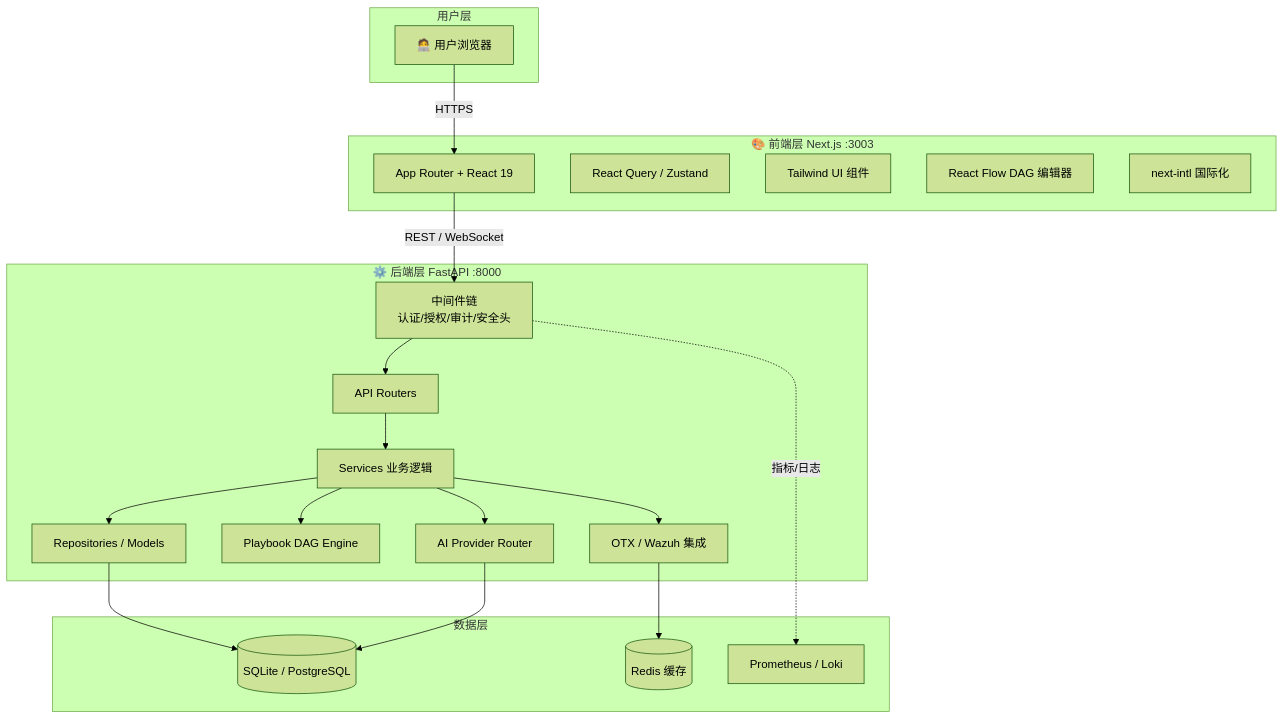
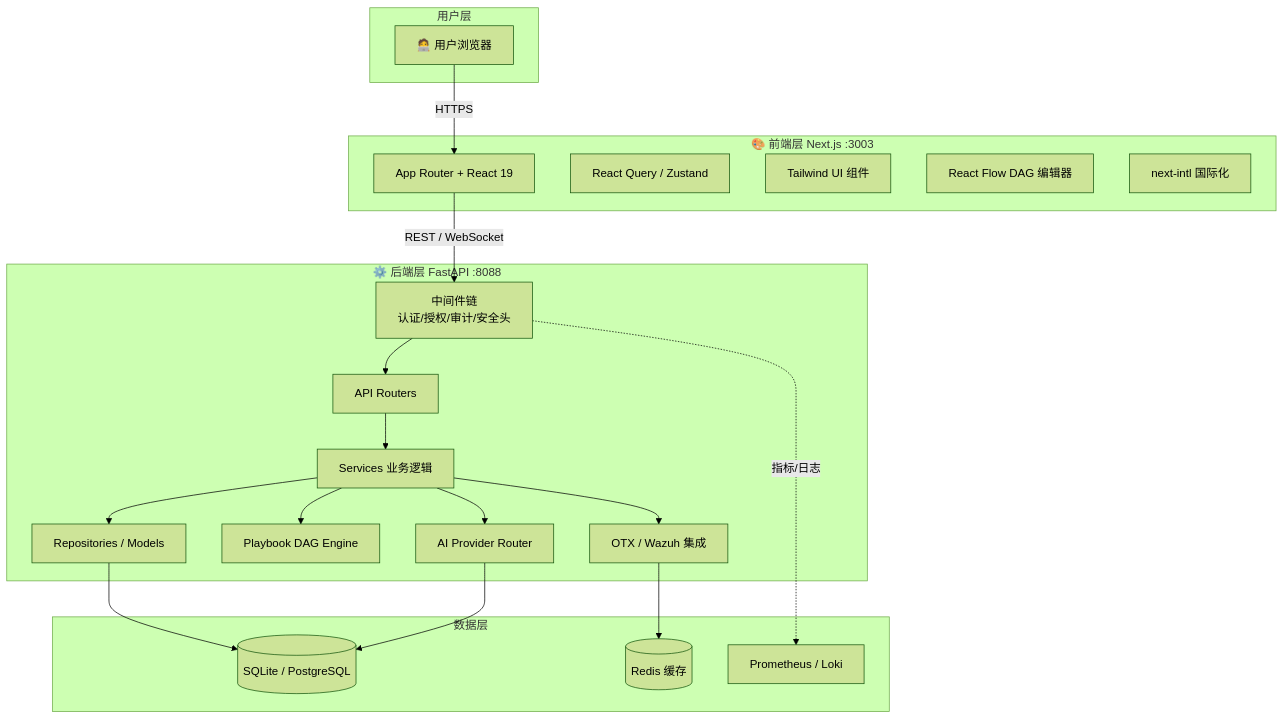
The first of 6 diagrams in docs/CODEBASE_ANALYSIS.md (liubojacob-lang/soc-copilot), drawn with Mermaid (forest theme) before and after one commit. The commit also changed other lines of this file and 34 other files, not shown here.

````diff
--- a/docs/CODEBASE_ANALYSIS.md
+++ b/docs/CODEBASE_ANALYSIS.md
@@ -159,43 +159,43 @@
 ```mermaid
 graph TB
     subgraph 用户层
         U[🧑‍💻 用户浏览器]
     end
 
     subgraph 前端层 [🎨 前端层 Next.js :3003]
         F1[App Router + React 19]
         F2[React Query / Zustand]
         F3[Tailwind UI 组件]
         F4[React Flow DAG 编辑器]
         F5[next-intl 国际化]
     end
 
-    subgraph 后端层 [⚙️ 后端层 FastAPI :8000]
+    subgraph 后端层 [⚙️ 后端层 FastAPI :8088]
         M1[中间件链<br/>认证/授权/审计/安全头]
         M2[API Routers]
         M3[Services 业务逻辑]
         M4[Repositories / Models]
         M5[Playbook DAG Engine]
         M6[AI Provider Router]
         M7[OTX / Wazuh 集成]
     end
 
     subgraph 数据层
         D1[(SQLite / PostgreSQL)]
         D2[(Redis 缓存)]
         D3[Prometheus / Loki]
     end
 
     U -->|HTTPS| F1
     F1 -->|REST / WebSocket| M1
     M1 --> M2
     M2 --> M3
     M3 --> M4
     M3 --> M5
     M3 --> M6
     M3 --> M7
     M4 --> D1
     M6 --> D1
     M7 --> D2
     M1 -.->|指标/日志| D3
 ```
````
